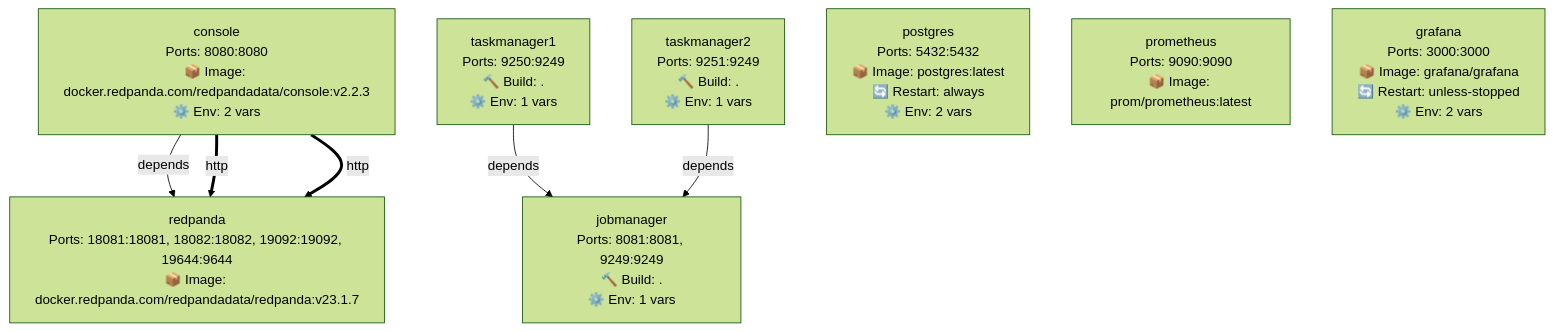
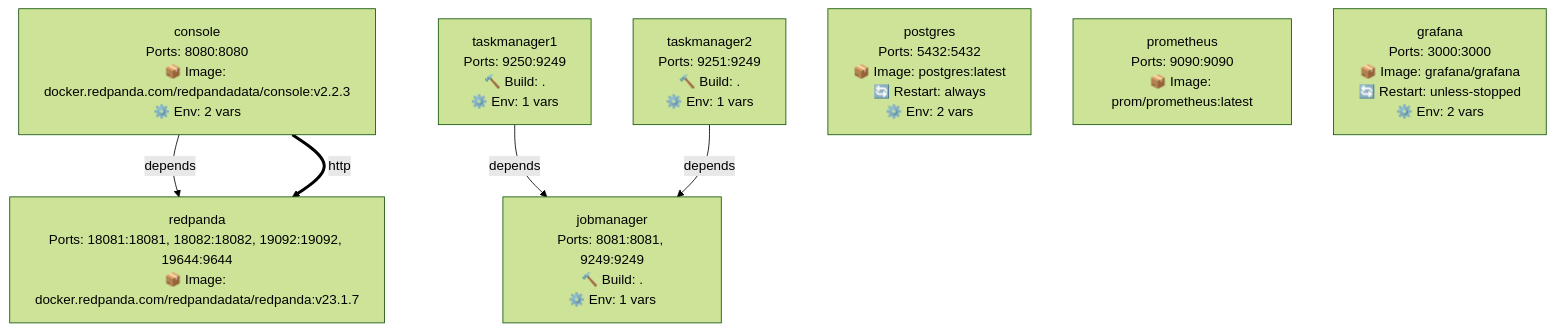
Before and after one commit to Lal4Tech/stream-processing-with-apache-flink: the first of 4 diagrams in docker-compose-architecture.md, drawn with Mermaid (forest theme). The commit also changed other lines of this file, not shown here.

Commit message:
Remove duplicate service connection entries for console and redpanda in docker-compose architecture documentation

````diff
--- a/docker-compose-architecture.md
+++ b/docker-compose-architecture.md
@@ -3,21 +3,20 @@
 ```mermaid
 graph TD
     redpanda["redpanda<br/>Ports: 18081:18081, 18082:18082, 19092:19092, 19644:9644<br/>📦 Image: docker.redpanda.com/redpandadata/redpanda:v23.1.7"]
     console["console<br/>Ports: 8080:8080<br/>📦 Image: docker.redpanda.com/redpandadata/console:v2.2.3<br/>⚙️ Env: 2 vars"]
     jobmanager["jobmanager<br/>Ports: 8081:8081, 9249:9249<br/>🔨 Build: .<br/>⚙️ Env: 1 vars"]
     taskmanager1["taskmanager1<br/>Ports: 9250:9249<br/>🔨 Build: .<br/>⚙️ Env: 1 vars"]
     taskmanager2["taskmanager2<br/>Ports: 9251:9249<br/>🔨 Build: .<br/>⚙️ Env: 1 vars"]
     postgres["postgres<br/>Ports: 5432:5432<br/>📦 Image: postgres:latest<br/>🔄 Restart: always<br/>⚙️ Env: 2 vars"]
     prometheus["prometheus<br/>Ports: 9090:9090<br/>📦 Image: prom/prometheus:latest"]
     grafana["grafana<br/>Ports: 3000:3000<br/>📦 Image: grafana/grafana<br/>🔄 Restart: unless-stopped<br/>⚙️ Env: 2 vars"]
     console -->|depends| redpanda
     taskmanager1 -->|depends| jobmanager
     taskmanager2 -->|depends| jobmanager
     console ==>|http| redpanda
-    console ==>|http| redpanda
 
     %% Styling for different connection types
     classDef external fill:#ffcccc,color:black,stroke:#ff6666,stroke-width:2px;
     classDef healthcheck fill:#ccffcc,color:black,stroke:#66ff66,stroke-width:2px;
     classDef logging fill:#cceeff,color:black,stroke:#6699ff,stroke-width:2px;
 ```
````
